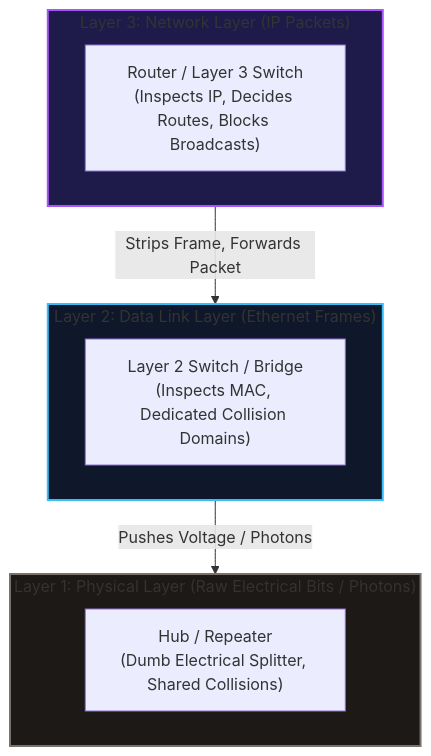
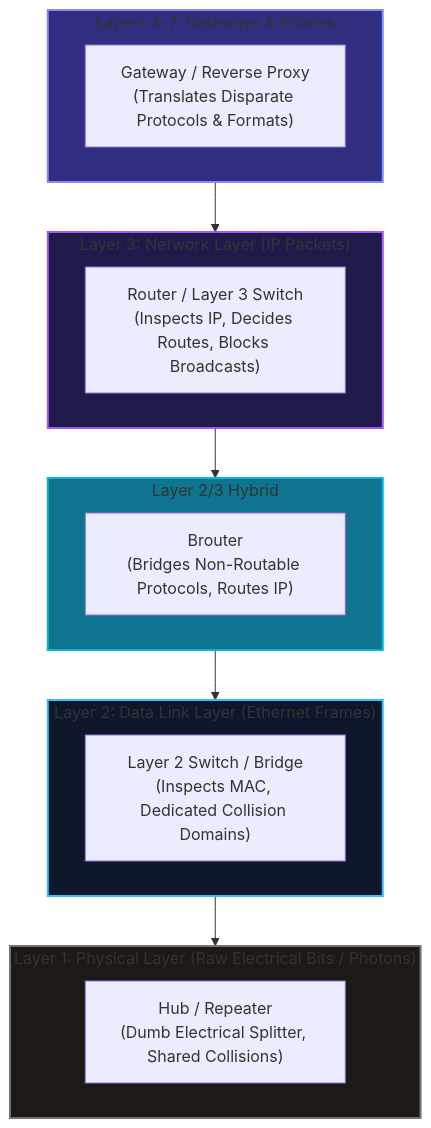
Before and after one commit to 1345AbhishekKumar/cs-cookbook: the first of 10 diagrams in content/docs/computer-networking/01-foundations/03-devices-media-speed.mdx, drawn with Mermaid. The commit also changed other lines of this file and 299 other files, not shown here.

````diff
--- a/content/docs/computer-networking/01-foundations/03-devices-media-speed.mdx
+++ b/content/docs/computer-networking/01-foundations/03-devices-media-speed.mdx
@@ -83,21 +94,33 @@
 ```mermaid
 flowchart TD
+    subgraph L7["Layers 4–7: Gateways & Proxies"]
+        Gateway["Gateway / Reverse Proxy<br/>(Translates Disparate Protocols & Formats)"]
+    end
+
     subgraph L3["Layer 3: Network Layer (IP Packets)"]
         Router["Router / Layer 3 Switch<br/>(Inspects IP, Decides Routes, Blocks Broadcasts)"]
+    end
+
+    subgraph Hybrid["Layer 2/3 Hybrid"]
+        Brouter["Brouter<br/>(Bridges Non-Routable Protocols, Routes IP)"]
     end
 
     subgraph L2["Layer 2: Data Link Layer (Ethernet Frames)"]
         Switch["Layer 2 Switch / Bridge<br/>(Inspects MAC, Dedicated Collision Domains)"]
     end
 
     subgraph L1["Layer 1: Physical Layer (Raw Electrical Bits / Photons)"]
         Hub["Hub / Repeater<br/>(Dumb Electrical Splitter, Shared Collisions)"]
     end
 
-    L3 -->|Strips Frame, Forwards Packet| L2
-    L2 -->|Pushes Voltage / Photons| L1
+    L7 --> L3
+    L3 --> Hybrid
+    Hybrid --> L2
+    L2 --> L1
 
+    style L7 fill:#312e81,stroke:#818cf8,stroke-width:2px
     style L3 fill:#1e1b4b,stroke:#a855f7,stroke-width:2px
+    style Hybrid fill:#0e7490,stroke:#06b6d4,stroke-width:2px
     style L2 fill:#0f172a,stroke:#38bdf8,stroke-width:2px
     style L1 fill:#1c1917,stroke:#78716c,stroke-width:2px
 ```
````
